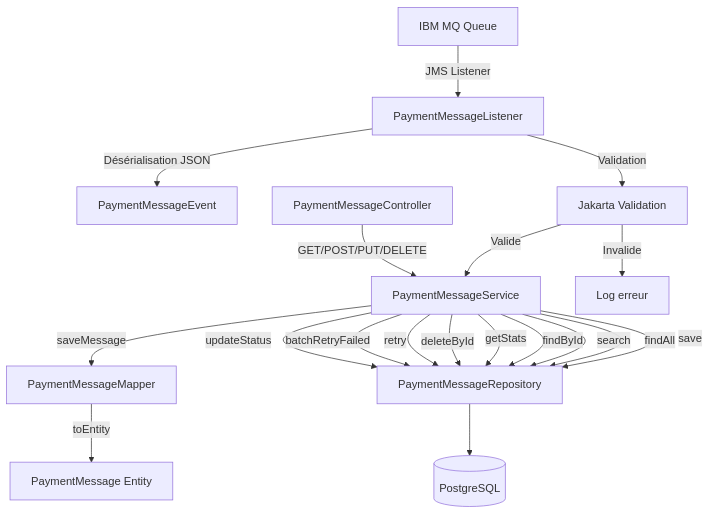
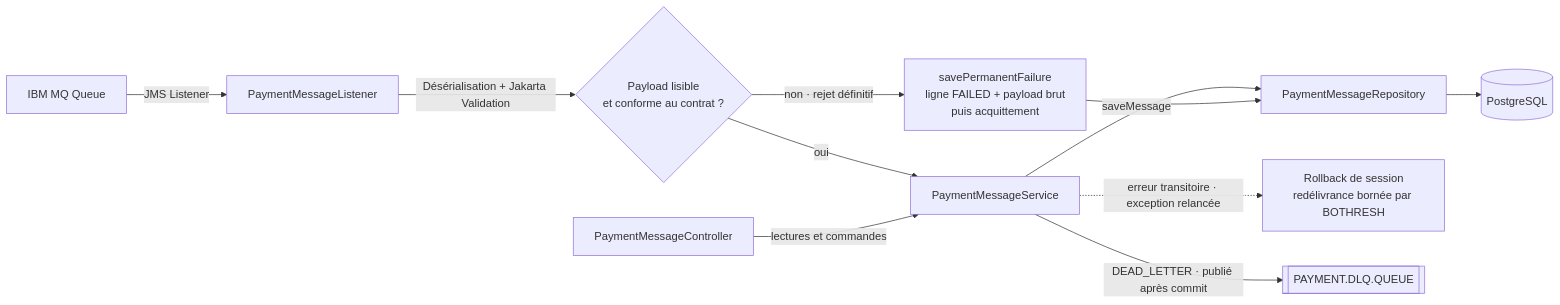
The diagram in docs/architecture/architecture-backend.md (mouhamadoulo/payment-messages), drawn with Mermaid before and after one commit. The commit also changed other lines of this file and 6 other files, not shown here.

````diff
--- a/docs/architecture/architecture-backend.md
+++ b/docs/architecture/architecture-backend.md
@@ -96,22 +96,17 @@
 ```mermaid
-flowchart TD
+flowchart LR
     MQ[IBM MQ Queue] -->|JMS Listener| LISTENER[PaymentMessageListener]
-    LISTENER -->|Désérialisation JSON| EVENT[PaymentMessageEvent]
-    LISTENER -->|Validation| VALIDATE[Jakarta Validation]
-    VALIDATE -->|Valide| SERVICE[PaymentMessageService]
-    VALIDATE -->|Invalide| LOG[Log erreur]
-    SERVICE -->|saveMessage| MAPPER[PaymentMessageMapper]
-    MAPPER -->|toEntity| ENTITY[PaymentMessage Entity]
-    SERVICE -->|save| REPO[PaymentMessageRepository]
+    LISTENER -->|Désérialisation + Jakarta Validation| OK{Payload lisible<br/>et conforme au contrat ?}
+
+    OK -->|oui| SERVICE[PaymentMessageService]
+    OK -->|non · rejet définitif| REJET[savePermanentFailure<br/>ligne FAILED + payload brut<br/>puis acquittement]
+
+    SERVICE -->|saveMessage| REPO[PaymentMessageRepository]
+    REJET --> REPO
     REPO --> DB[(PostgreSQL)]
 
-    CTRL[PaymentMessageController] -->|GET/POST/PUT/DELETE| SERVICE
-    SERVICE -->|findAll| REPO
-    SERVICE -->|search| REPO
-    SERVICE -->|findById| REPO
-    SERVICE -->|getStats| REPO
-    SERVICE -->|deleteById| REPO
-    SERVICE -->|retry| REPO
-    SERVICE -->|batchRetryFailed| REPO
-    SERVICE -->|updateStatus| REPO
+    SERVICE -.->|erreur transitoire · exception relancée| ROLLBACK[Rollback de session<br/>redélivrance bornée par BOTHRESH]
+    SERVICE -->|DEAD_LETTER · publié après commit| DLQ[[PAYMENT.DLQ.QUEUE]]
+
+    CTRL[PaymentMessageController] -->|lectures et commandes| SERVICE
 ```
````
